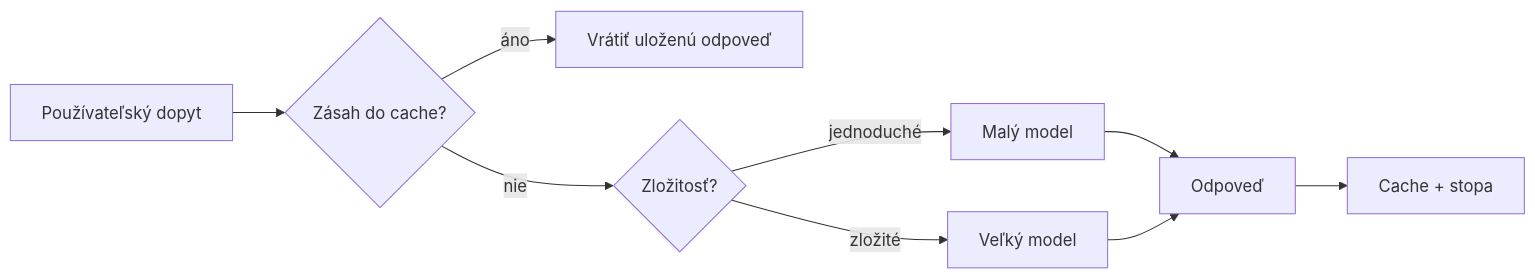
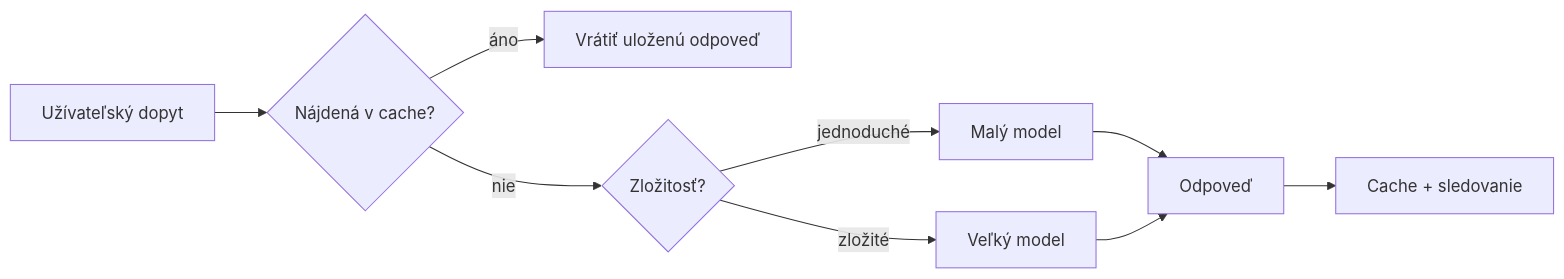
Before and after one commit to microsoft/ai-agents-for-beginners: the third of 4 diagrams in translations/sk/16-deploying-scalable-agents/README.md, drawn with Mermaid. The commit also changed other lines of this file and 46 other files, not shown here.

````diff
--- a/translations/sk/16-deploying-scalable-agents/README.md
+++ b/translations/sk/16-deploying-scalable-agents/README.md
@@ -134,11 +134,11 @@
 ```mermaid
 flowchart LR
-    Q[Používateľský dopyt] --> C{Zásah do cache?}
+    Q[Užívateľský dopyt] --> C{Nájdená v cache?}
     C -->|áno| R[Vrátiť uloženú odpoveď]
     C -->|nie| Router{Zložitosť?}
     Router -->|jednoduché| SLM[Malý model]
     Router -->|zložité| LLM[Veľký model]
     SLM --> Out[Odpoveď]
     LLM --> Out
-    Out --> Store[Cache + stopa]
+    Out --> Store[Cache + sledovanie]
 ```
````
